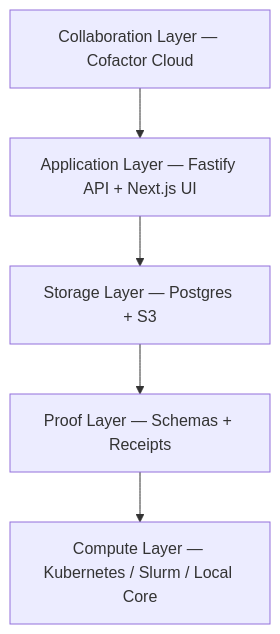
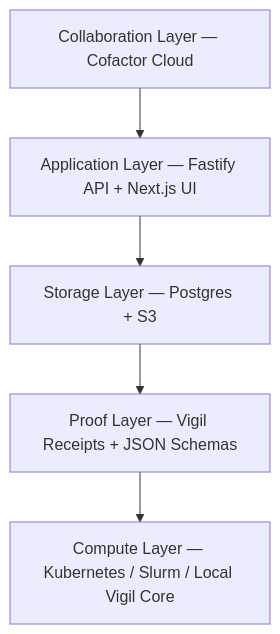
Before and after one commit to Science-Abundance/docs: the fourth of 5 diagrams in README.md, drawn with Mermaid. The commit also changed other lines of this file, not shown here.

````diff
--- a/README.md
+++ b/README.md
@@ -88,7 +94,7 @@
 ```mermaid
 flowchart TD
   Collab[Collaboration Layer — Cofactor Cloud] --> App[Application Layer — Fastify API + Next.js UI]
   App --> Storage[Storage Layer — Postgres + S3]
-  Storage --> Proof[Proof Layer — Schemas + Receipts]
-  Proof --> Compute[Compute Layer — Kubernetes / Slurm / Local Core]
+  Storage --> Proof[Proof Layer — Vigil Receipts + JSON Schemas]
+  Proof --> Compute[Compute Layer — Kubernetes / Slurm / Local Vigil Core]
 ```
````
